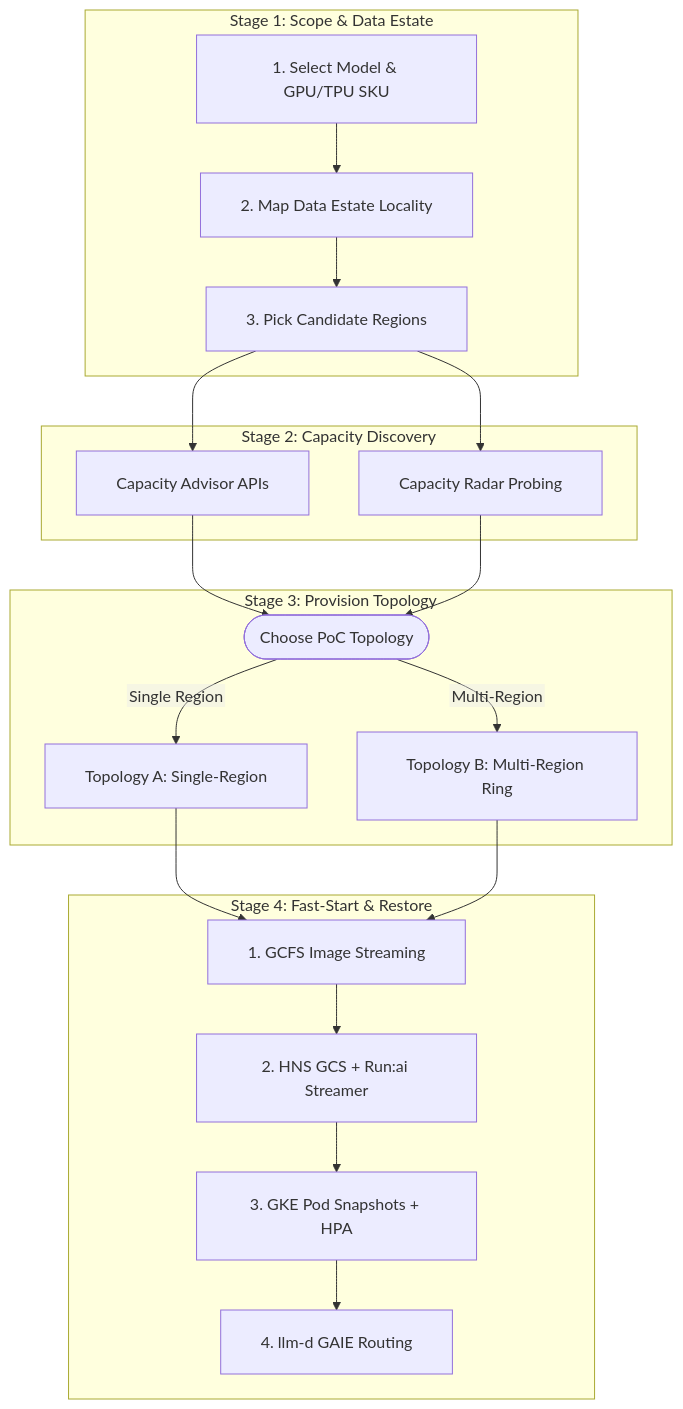
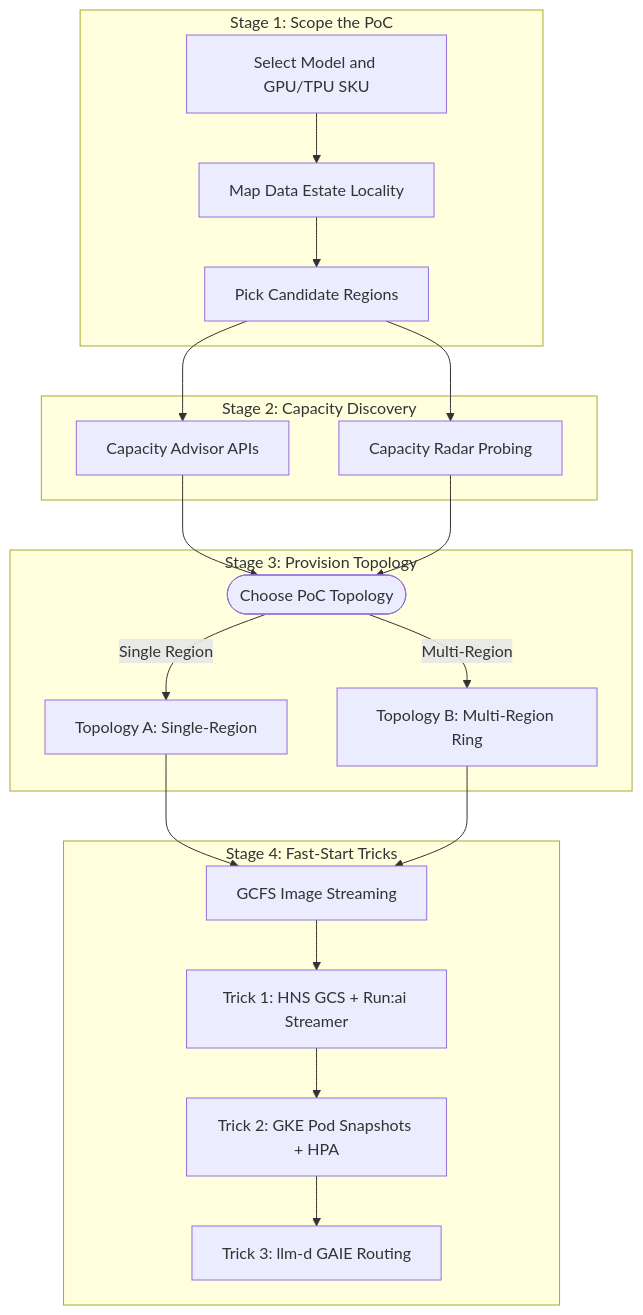
Before and after one commit to GoogleCloudPlatform/accelerated-platforms: the first of 2 diagrams in docs/platforms/gke/base/use-cases/inference-ref-arch/poc-capacity-and-rapid-deployment-guide.md, drawn with Mermaid. The commit also changed other lines of this file, not shown here.

Commit message:
docs(inference-ref-arch): fix clipped text in PoC guide Mermaid diagrams (#586)

````diff
--- a/docs/platforms/gke/base/use-cases/inference-ref-arch/poc-capacity-and-rapid-deployment-guide.md
+++ b/docs/platforms/gke/base/use-cases/inference-ref-arch/poc-capacity-and-rapid-deployment-guide.md
@@ -54,28 +54,27 @@
 ```mermaid
-%%{init: {"flowchart": {"htmlLabels": false, "padding": 20}, "themeVariables": {"fontFamily": "sans-serif"}}}%%
 flowchart TD
-  subgraph S1["Stage 1: Scope & Data Estate"]
-    A["1. Select Model & GPU/TPU SKU"] --> B["2. Map Data Estate Locality"]
-    B --> C["3. Pick Candidate Regions"]
+  subgraph S1["Stage 1: Scope the PoC"]
+    A["Select Model and GPU/TPU SKU"] --> B["Map Data Estate Locality"]
+    B --> C["Pick Candidate Regions"]
   end
 
   subgraph S2["Stage 2: Capacity Discovery"]
     C --> D["Capacity Advisor APIs"]
     C --> E["Capacity Radar Probing"]
   end
 
   subgraph S3["Stage 3: Provision Topology"]
     D --> F(["Choose PoC Topology"])
     E --> F
     F -->|"Single Region"| G["Topology A: Single-Region"]
     F -->|"Multi-Region"| H["Topology B: Multi-Region Ring"]
   end
 
-  subgraph S4["Stage 4: Fast-Start & Restore"]
-    G --> I["1. GCFS Image Streaming"]
+  subgraph S4["Stage 4: Fast-Start Tricks"]
+    G --> I["GCFS Image Streaming"]
     H --> I
-    I --> J["2. HNS GCS + Run:ai Streamer"]
-    J --> K["3. GKE Pod Snapshots + HPA"]
-    K --> L["4. llm-d GAIE Routing"]
+    I --> J["Trick 1: HNS GCS + Run:ai Streamer"]
+    J --> K["Trick 2: GKE Pod Snapshots + HPA"]
+    K --> L["Trick 3: llm-d GAIE Routing"]
   end
 ```
````
